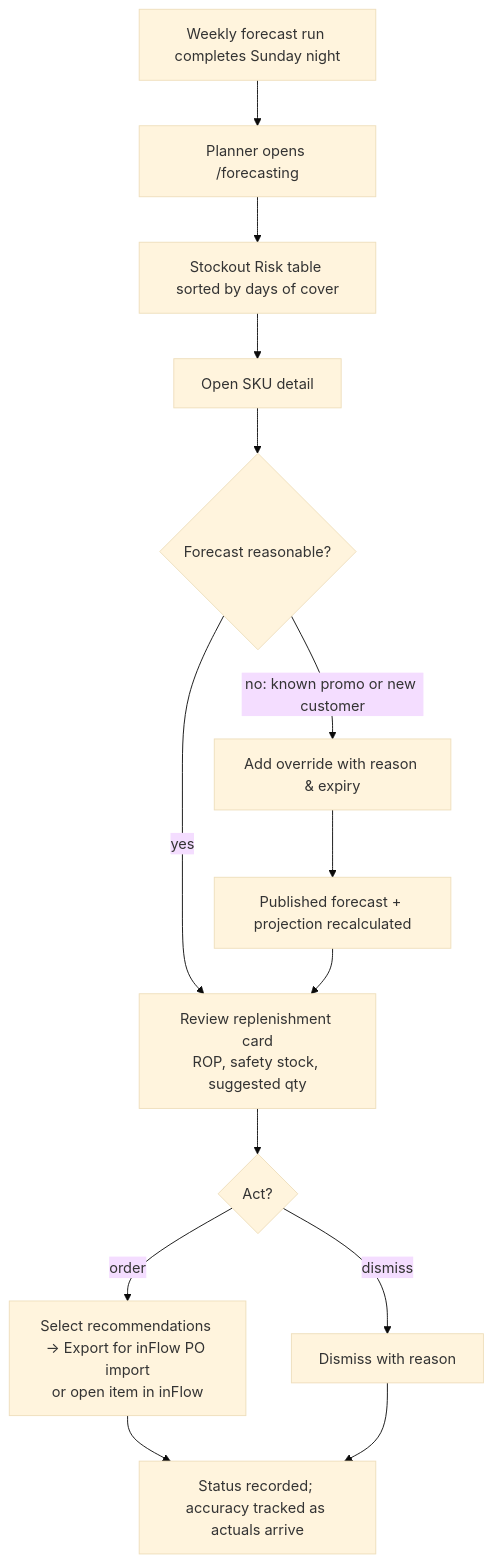
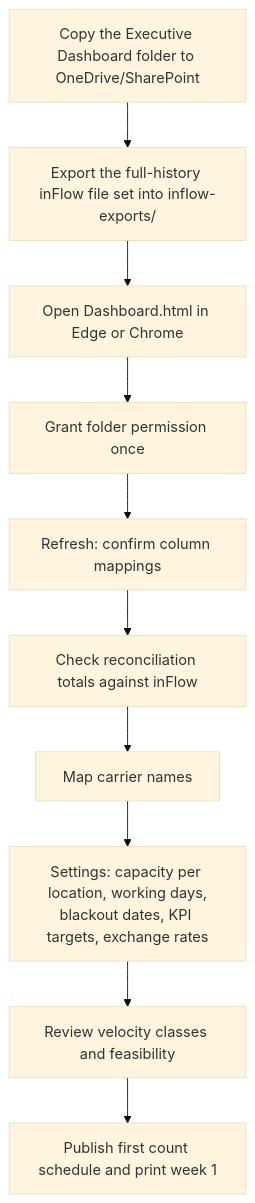
The fifth of 8 diagrams in docs/SYSTEM_DESIGN.md (mdonaldson-prog/Dashboard), drawn with Mermaid (base theme) before and after one commit. The commit also changed other lines of this file and 1 other file, not shown here.

First line of the commit message:
Redesign as a zero-maintenance single-file app fed by inFlow exports (v2)

````diff
--- a/docs/SYSTEM_DESIGN.md
+++ b/docs/SYSTEM_DESIGN.md
@@ -1006,15 +511,12 @@
 ```mermaid
 flowchart TD
-    A[Weekly forecast run completes Sunday night] --> B[Planner opens /forecasting]
-    B --> C[Stockout Risk table sorted by days of cover]
-    C --> D[Open SKU detail]
-    D --> E{Forecast reasonable?}
-    E -- no: known promo or new customer --> F[Add override with reason & expiry]
-    F --> G[Published forecast + projection recalculated]
-    E -- yes --> H[Review replenishment card<br/>ROP, safety stock, suggested qty]
-    G --> H
-    H --> I{Act?}
-    I -- order --> J[Select recommendations → Export for inFlow PO import<br/>or open item in inFlow]
-    I -- dismiss --> K[Dismiss with reason]
-    J & K --> L[Status recorded; accuracy tracked as actuals arrive]
+    A[Copy the Executive Dashboard folder to OneDrive/SharePoint] --> B[Export the full-history inFlow file set into inflow-exports/]
+    B --> C[Open Dashboard.html in Edge or Chrome]
+    C --> D[Grant folder permission once]
+    D --> E[Refresh: confirm column mappings]
+    E --> F[Check reconciliation totals against inFlow]
+    F --> G[Map carrier names]
+    G --> H[Settings: capacity per location, working days,<br/>blackout dates, KPI targets, exchange rates]
+    H --> I[Review velocity classes and feasibility]
+    I --> J[Publish first count schedule and print week 1]
 ```
````
